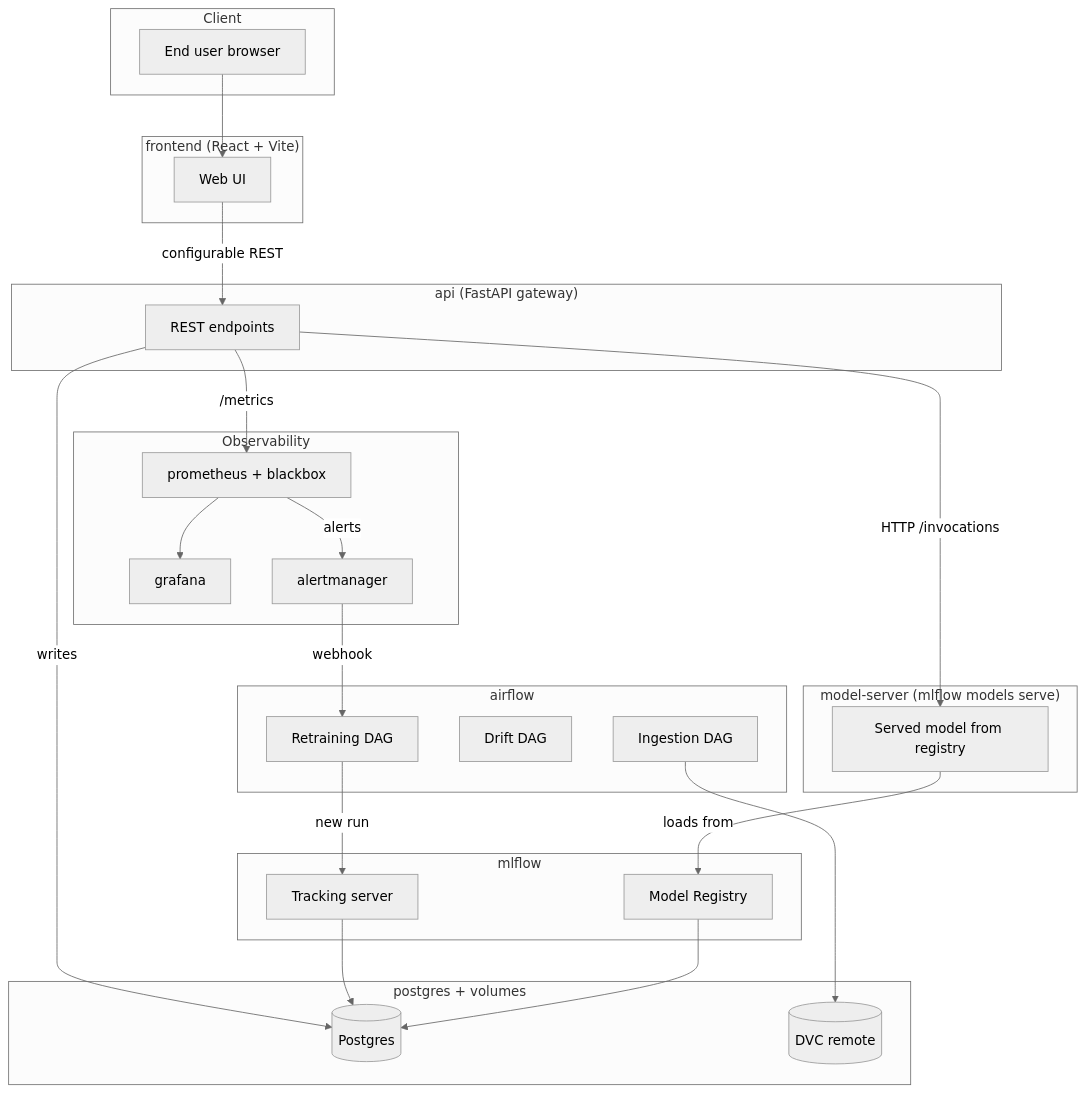
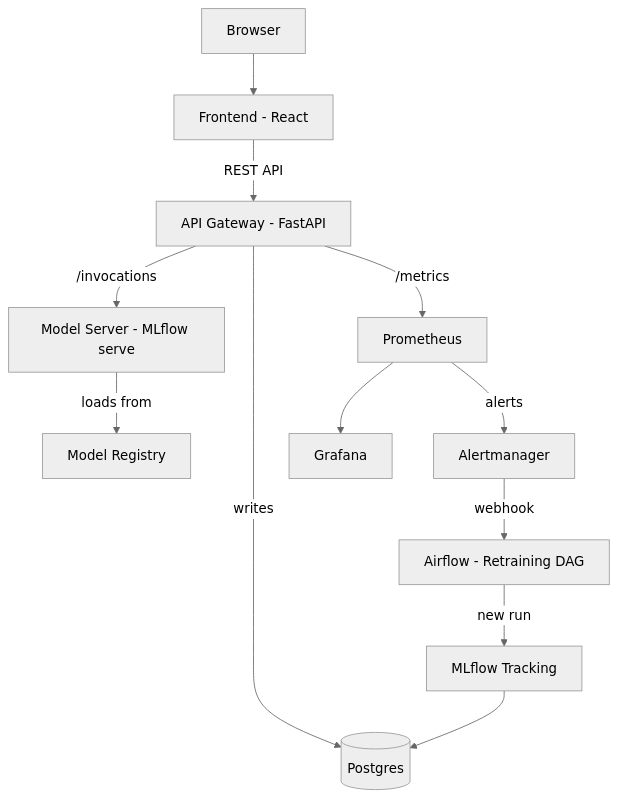
Before and after one commit to Gilgamesh60/DA5402_CH21B062_FINAL_E2E_PROJECT: the diagram in docs/project-report.md, drawn with Mermaid (neutral theme). The commit also changed other lines of this file and 3 other files, not shown here.

````diff
--- a/docs/project-report.md
+++ b/docs/project-report.md
@@ -77,46 +48,14 @@
 ```mermaid
 flowchart TB
-    subgraph Client
-        U[End user browser]
-    end
-    subgraph Frontend["frontend (React + Vite)"]
-        FE[Web UI]
-    end
-    subgraph Backend["api (FastAPI gateway)"]
-        API[REST endpoints]
-    end
-    subgraph ModelServer["model-server (mlflow models serve)"]
-        MS[Served model from registry]
-    end
-    subgraph Tracking["mlflow"]
-        TS[Tracking server]
-        MR[Model Registry]
-    end
-    subgraph DataPlane["airflow"]
-        DAG1[Ingestion DAG]
-        DAG2[Drift DAG]
-        DAG3[Retraining DAG]
-    end
-    subgraph Storage["postgres + volumes"]
-        PG[(Postgres)]
-        VOL[(DVC remote)]
-    end
-    subgraph Observability
-        PROM[prometheus + blackbox]
-        GRAF[grafana]
-        AM[alertmanager]
-    end
-    U --> FE
-    FE -->|configurable REST| API
-    API -->|HTTP /invocations| MS
-    MS -->|loads from| MR
-    API -->|writes| PG
-    API -->|/metrics| PROM
-    PROM --> GRAF
-    PROM -->|alerts| AM
-    AM -->|webhook| DAG3
-    DAG1 --> VOL
-    DAG3 -->|new run| TS
-    TS --> PG
-    MR --> PG
+    U[Browser] --> FE[Frontend - React]
+    FE -->|REST API| API[API Gateway - FastAPI]
+    API -->|/invocations| MS[Model Server - MLflow serve]
+    MS -->|loads from| MR[Model Registry]
+    API -->|writes| PG[(Postgres)]
+    API -->|/metrics| PROM[Prometheus]
+    PROM --> GRAF[Grafana]
+    PROM -->|alerts| AM[Alertmanager]
+    AM -->|webhook| AF[Airflow - Retraining DAG]
+    AF -->|new run| MLF[MLflow Tracking]
+    MLF --> PG
 ```
````
